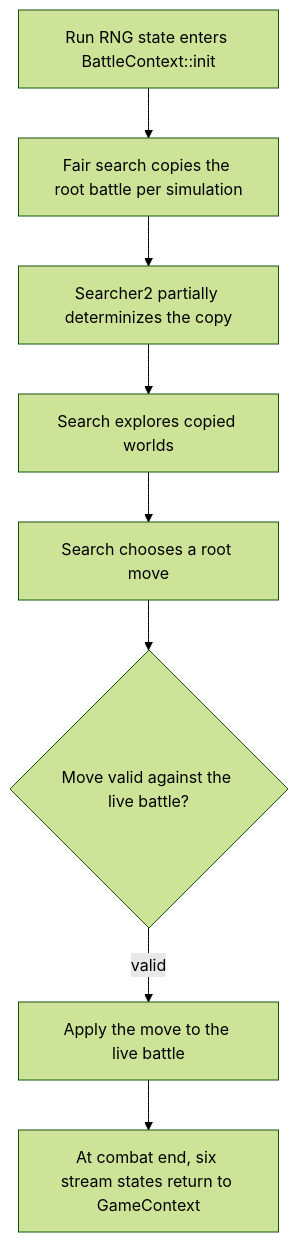
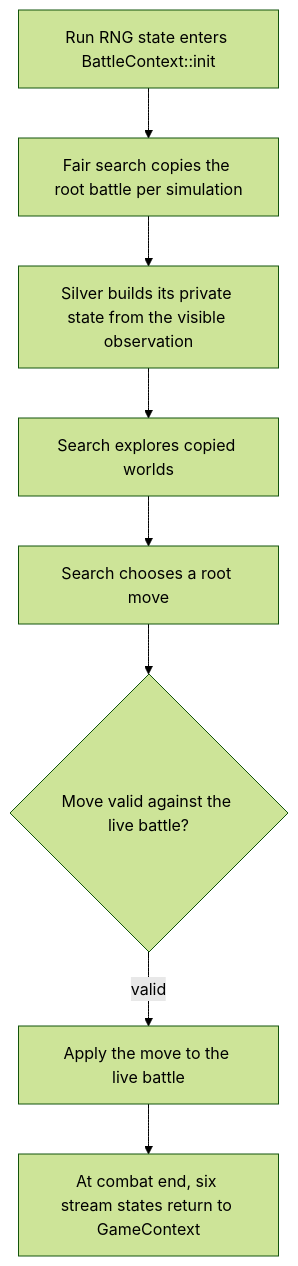
One commit to pherrman1/sts_ai changed the diagram in docs/knowledge-base/behavior/determinism-and-rng.md. Above: the diagram before and after it, drawn with Mermaid (forest theme). The commit also changed other lines of this file and 52 other files, not shown here.

````diff
--- a/docs/knowledge-base/behavior/determinism-and-rng.md
+++ b/docs/knowledge-base/behavior/determinism-and-rng.md
@@ -90,10 +88,10 @@
 ```mermaid
 flowchart TD
     A["Run RNG state enters BattleContext::init"] --> B["Fair search copies the root battle per simulation"]
-    B --> D["Searcher2 partially determinizes the copy"]
+    B --> D["Silver builds its private state from the visible observation"]
     D --> F["Search explores copied worlds"]
     F --> G["Search chooses a root move"]
     G --> H{"Move valid against the live battle?"}
     H -->|"valid"| I["Apply the move to the live battle"]
     I --> J["At combat end, six stream states return to GameContext"]
 ```
````
